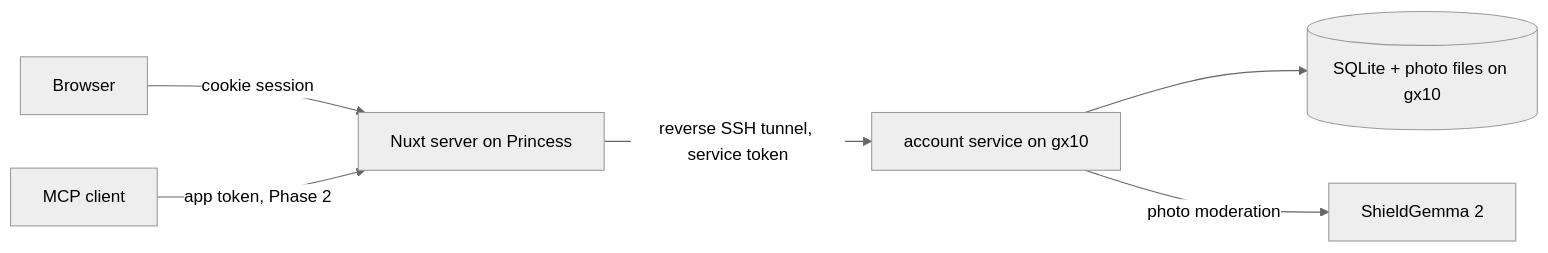
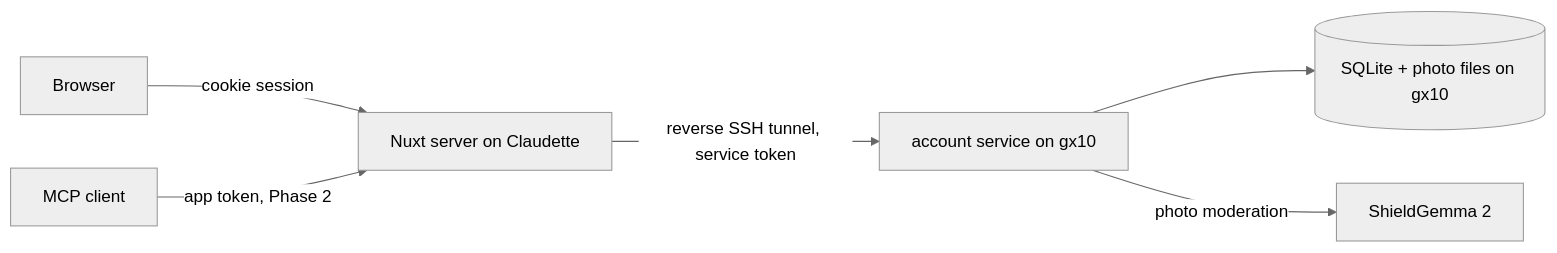
One commit to s1mb1o/svoe-vino-lab-dev changed the diagram in docs/plans/03_user-accounts.md. Above: the diagram before and after it, drawn with Mermaid (neutral theme). The commit also changed other lines of this file and 6 other files, not shown here.

````diff
--- a/docs/plans/03_user-accounts.md
+++ b/docs/plans/03_user-accounts.md
@@ -88,8 +89,8 @@
 ```mermaid
 flowchart LR
-    B[Browser] -->|cookie session| N[Nuxt server on Princess]
+    B[Browser] -->|cookie session| N[Nuxt server on Claudette]
     C[MCP client] -->|app token, Phase 2| N
     N -->|reverse SSH tunnel, service token| A[account service on gx10]
     A --> D[(SQLite + photo files on gx10)]
     A -->|photo moderation| S[ShieldGemma 2]
 ```
````
